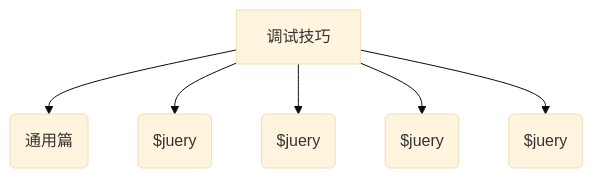
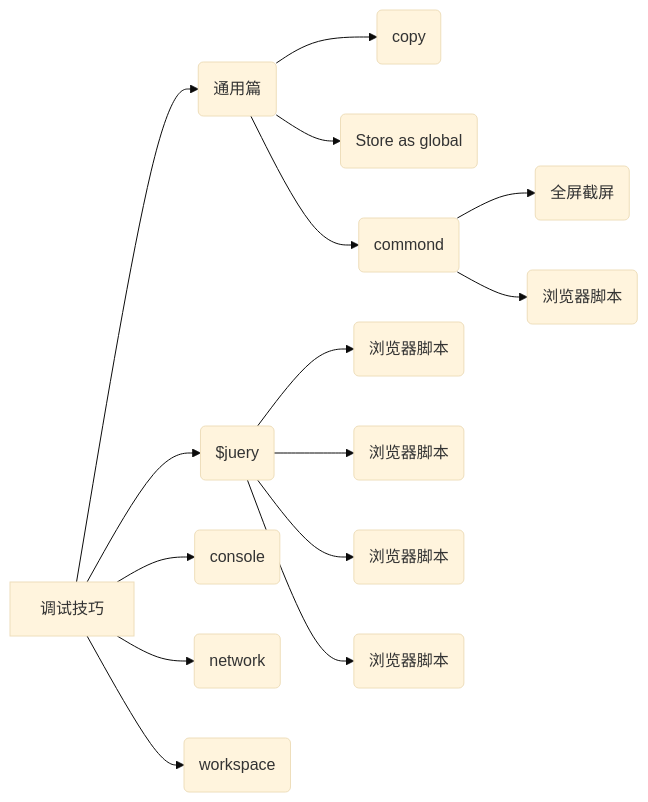
Before and after one commit to mofenusers/mention: the diagram in 前端知识/运行环境/浏览器/console调试技巧md.md, drawn with Mermaid (base theme).

Commit message:
auto sync by git

````diff
--- a/前端知识/运行环境/浏览器/console调试技巧md.md
+++ b/前端知识/运行环境/浏览器/console调试技巧md.md
@@ -6,9 +6,17 @@
 ```mermaid
-graph TD
+graph LR
 A[调试技巧] -->B(通用篇)
 A --> C($juery)
-A --> D($juery)
-A --> E($juery)
-A --> F($juery)
-
+A --> D(console)
+A --> E(network)
+A --> F(workspace)
+B --> BA(copy)
+B --> BB(Store as global)
+B --> BC(commond)
+BC --> BCA(全屏截屏)
+BC --> BCB(浏览器脚本)
+C --> CA(浏览器脚本)
+C --> CB(浏览器脚本)
+C --> CC(浏览器脚本)
+C --> CD(浏览器脚本)
 ```
````
